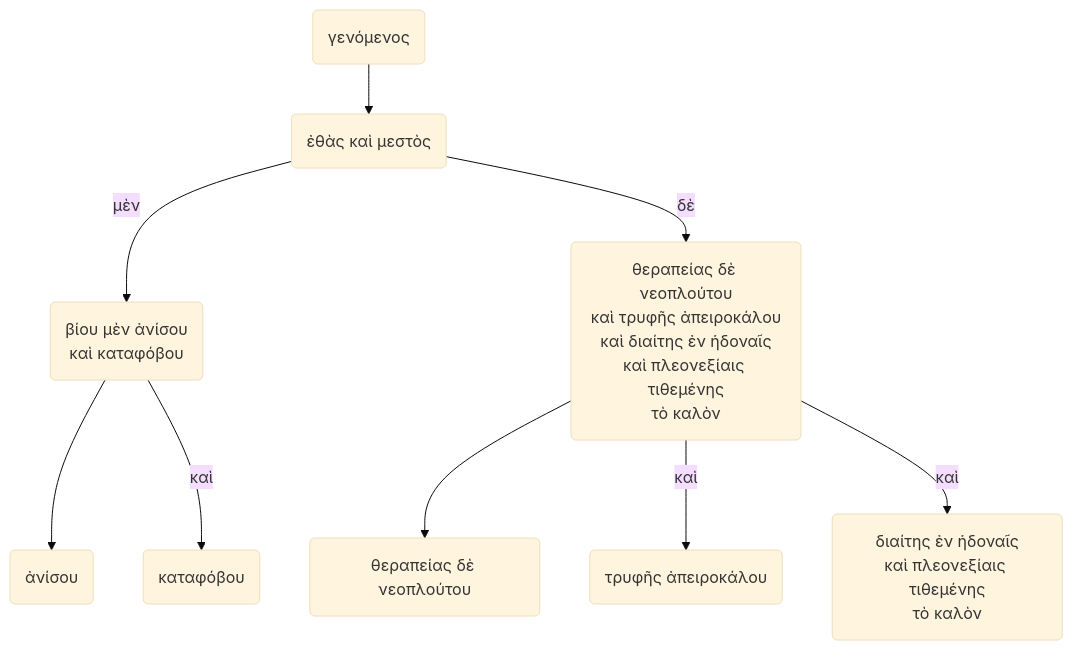
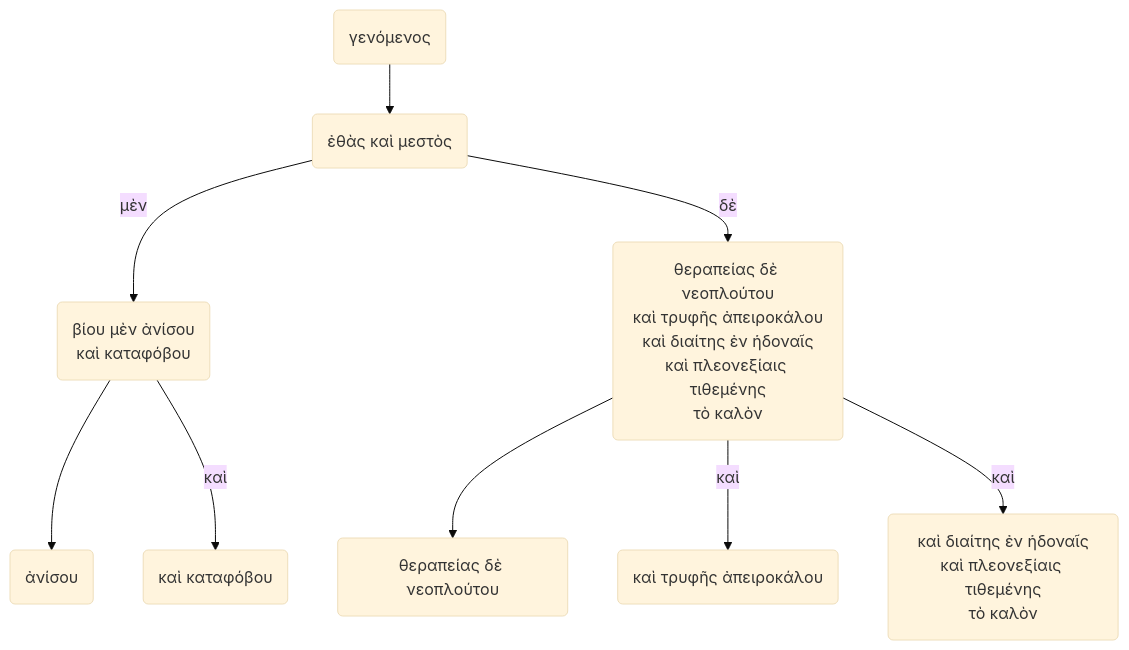
Before and after one commit to pajaro1966/Asignaturas: the diagram in docs/Plutarch_Dion/Dion.md, drawn with Mermaid (base theme). The commit also changed other lines of this file and 4 other files, not shown here.

````diff
--- a/docs/Plutarch_Dion/Dion.md
+++ b/docs/Plutarch_Dion/Dion.md
@@ -155,13 +158,13 @@
-```mermaid
+    ```mermaid
     
     flowchart TB
     
     A("γενόμενος") --> B("ἐθὰς καὶ μεστὸς")
     B-->|"μὲν"|C("βίου μὲν ἀνίσου<br>καὶ καταφόβου")-->C1("ἀνίσου")
-    C-->|"καὶ"|C2("καταφόβου")
+    C-->|"καὶ"|C2("καὶ καταφόβου")
     B-->|"δὲ"|D("θεραπείας δὲ νεοπλούτου<br>καὶ τρυφῆς ἀπειροκάλου<br>καὶ διαίτης ἐν ἡδοναῖς<br>καὶ πλεονεξίαις τιθεμένης<br>τὸ καλὸν")
     D-->D1("θεραπείας δὲ νεοπλούτου")
-    D-->|"καὶ"|D2("τρυφῆς ἀπειροκάλου")
-    D-->|"καὶ"|D3("διαίτης ἐν ἡδοναῖς<br>καὶ πλεονεξίαις τιθεμένης<br>τὸ καλὸν")
+    D-->|"καὶ"|D2("καὶ τρυφῆς ἀπειροκάλου")
+    D-->|"καὶ"|D3("καὶ διαίτης ἐν ἡδοναῖς<br>καὶ πλεονεξίαις τιθεμένης<br>τὸ καλὸν")
     
-```
+    ```
````
